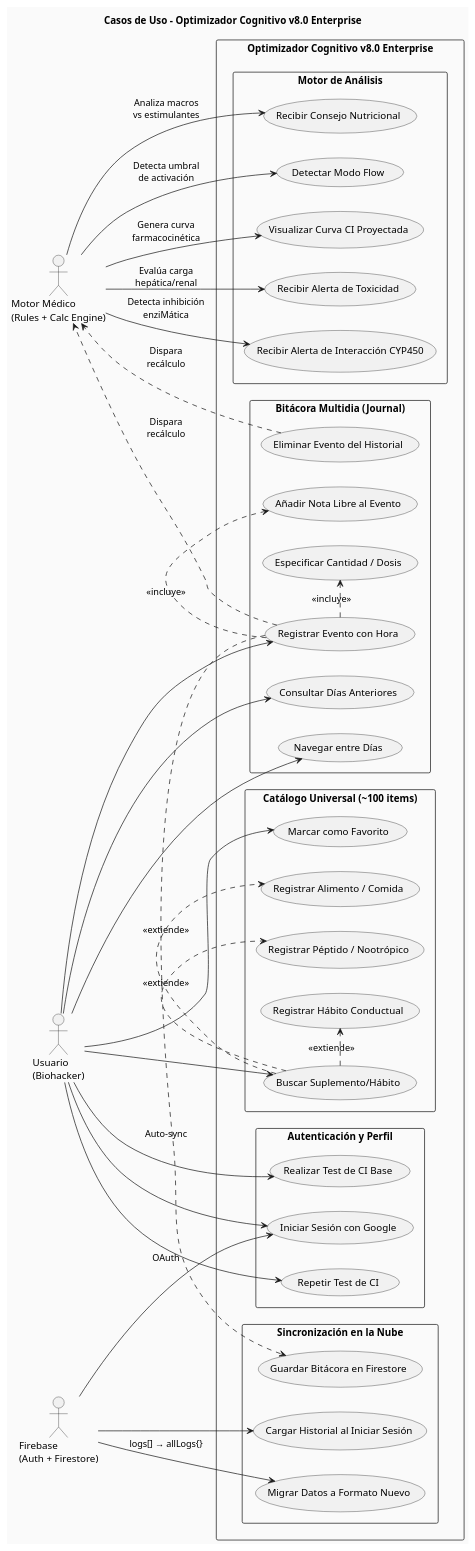
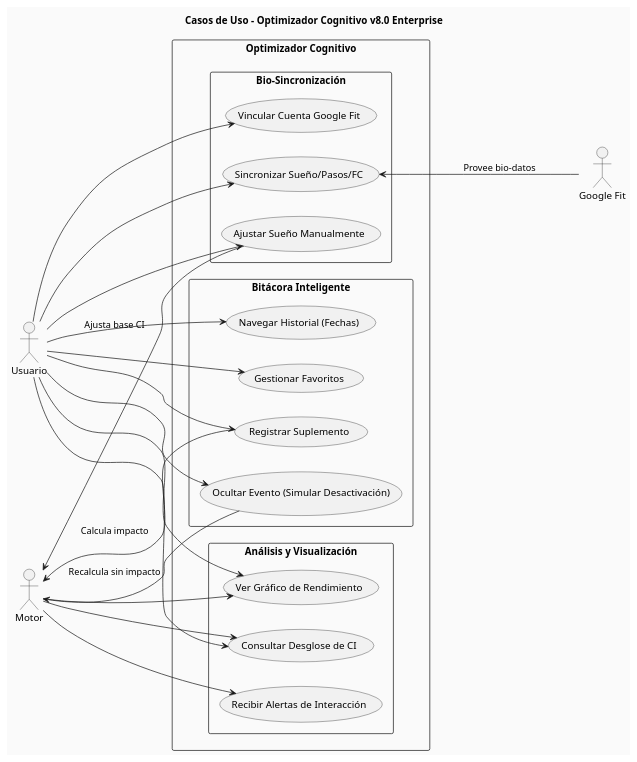
Before and after one commit to Camilo-Alberto-Palacio/optimizador-cognitivo: the diagram in diagramas/usecases.puml, drawn with PlantUML. The commit also changed 3 other files, not shown here.

Commit message:
Docs: Actualización exhaustiva de diagramas técnicos v8.0 Enterprise

```diff
--- a/diagramas/usecases.puml
+++ b/diagramas/usecases.puml
@@ -1,82 +1,52 @@
 @startuml UseCases_v2
 left to right direction
 skinparam packageStyle rectangle
 skinparam backgroundColor #FAFAFA
 title Casos de Uso - Optimizador Cognitivo v8.0 Enterprise
 
-actor "Usuario\n(Biohacker)" as User
-actor "Motor Médico\n(Rules + Calc Engine)" as Engine
-actor "Firebase\n(Auth + Firestore)" as Cloud
+actor "Usuario" as User
+actor "Motor" as Engine
+actor "Google Fit" as FitAPI
 
-rectangle "Optimizador Cognitivo v8.0 Enterprise" {
+rectangle "Optimizador Cognitivo" {
 
-  package "Autenticación y Perfil" {
-    usecase "Iniciar Sesión con Google" as UC_Login
-    usecase "Realizar Test de CI Base" as UC_IQ
-    usecase "Repetir Test de CI" as UC_IQReset
+  package "Bio-Sincronización" {
+    usecase "Vincular Cuenta Google Fit" as UC_FitLink
+    usecase "Sincronizar Sueño/Pasos/FC" as UC_FitSync
+    usecase "Ajustar Sueño Manualmente" as UC_SleepAdj
   }
 
-  package "Bitácora Multidia (Journal)" {
-    usecase "Navegar entre Días" as UC_Nav
-    usecase "Registrar Evento con Hora" as UC_Log
-    usecase "Especificar Cantidad / Dosis" as UC_Qty
-    usecase "Añadir Nota Libre al Evento" as UC_Note
-    usecase "Eliminar Evento del Historial" as UC_Del
-    usecase "Consultar Días Anteriores" as UC_History
+  package "Bitácora Inteligente" {
+    usecase "Registrar Suplemento" as UC_Log
+    usecase "Navegar Historial (Fechas)" as UC_Nav
+    usecase "Ocultar Evento (Simular Desactivación)" as UC_Hide
+    usecase "Gestionar Favoritos" as UC_Fav
   }
 
-  package "Catálogo Universal (~100 items)" {
-    usecase "Buscar Suplemento/Hábito" as UC_Search
-    usecase "Marcar como Favorito" as UC_Fav
-    usecase "Registrar Alimento / Comida" as UC_Food
-    usecase "Registrar Péptido / Nootrópico" as UC_Nootropic
-    usecase "Registrar Hábito Conductual" as UC_Habit
-  }
-
-  package "Motor de Análisis" {
-    usecase "Visualizar Curva CI Proyectada" as UC_Chart
-    usecase "Recibir Alerta de Toxicidad" as UC_Toxic
-    usecase "Recibir Alerta de Interacción CYP450" as UC_CYP
-    usecase "Recibir Consejo Nutricional" as UC_Diet
-    usecase "Detectar Modo Flow" as UC_Flow
-  }
-
-  package "Sincronización en la Nube" {
-    usecase "Guardar Bitácora en Firestore" as UC_Cloud
-    usecase "Cargar Historial al Iniciar Sesión" as UC_Load
-    usecase "Migrar Datos a Formato Nuevo" as UC_Migrate
+  package "Análisis y Visualización" {
+    usecase "Ver Gráfico de Rendimiento" as UC_Chart
+    usecase "Consultar Desglose de CI" as UC_CI_Breakdown
+    usecase "Recibir Alertas de Interacción" as UC_Alerts
   }
 }
 
-' Usuario principales
-User --> UC_Login
-User --> UC_IQ
-User --> UC_IQReset
+User --> UC_FitLink
+User --> UC_FitSync
+User --> UC_SleepAdj
+User --> UC_Log
 User --> UC_Nav
-User --> UC_Log
-User --> UC_Search
+User --> UC_Hide
 User --> UC_Fav
-User --> UC_History
+User --> UC_Chart
+User --> UC_CI_Breakdown
 
-UC_Log .> UC_Qty : <<incluye>>
-UC_Log .> UC_Note : <<incluye>>
-UC_Search .> UC_Food : <<extiende>>
-UC_Search .> UC_Nootropic : <<extiende>>
-UC_Search .> UC_Habit : <<extiende>>
+UC_FitSync <--- FitAPI : "Provee bio-datos"
+UC_Log --> Engine : "Calcula impacto"
+UC_Hide --> Engine : "Recalcula sin impacto"
+UC_SleepAdj --> Engine : "Ajusta base CI"
 
-' Motor
-Engine --> UC_Chart : "Genera curva\nfarmacocinética"
-Engine --> UC_Toxic : "Evalúa carga\nhepática/renal"
-Engine --> UC_CYP : "Detecta inhibición\nenziMática"
-Engine --> UC_Diet : "Analiza macros\nvs estimulantes"
-Engine --> UC_Flow : "Detecta umbral\nde activación"
-UC_Log .> Engine : "Dispara\nrecálculo"
-UC_Del .> Engine : "Dispara\nrecálculo"
-
-' Cloud
-Cloud --> UC_Login : "OAuth"
-Cloud --> UC_Load
-Cloud --> UC_Migrate : "logs[] → allLogs{}"
-UC_Log .> UC_Cloud : "Auto-sync"
+Engine --> UC_Chart
+Engine --> UC_CI_Breakdown
+Engine --> UC_Alerts
 
 @enduml
```
